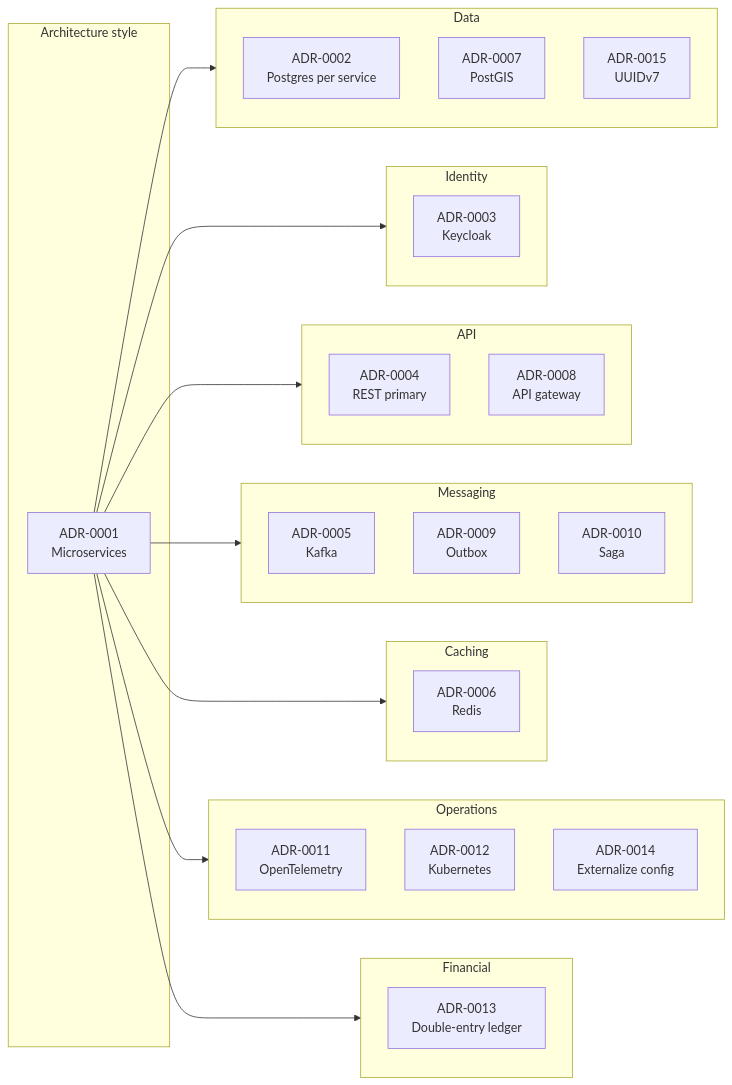
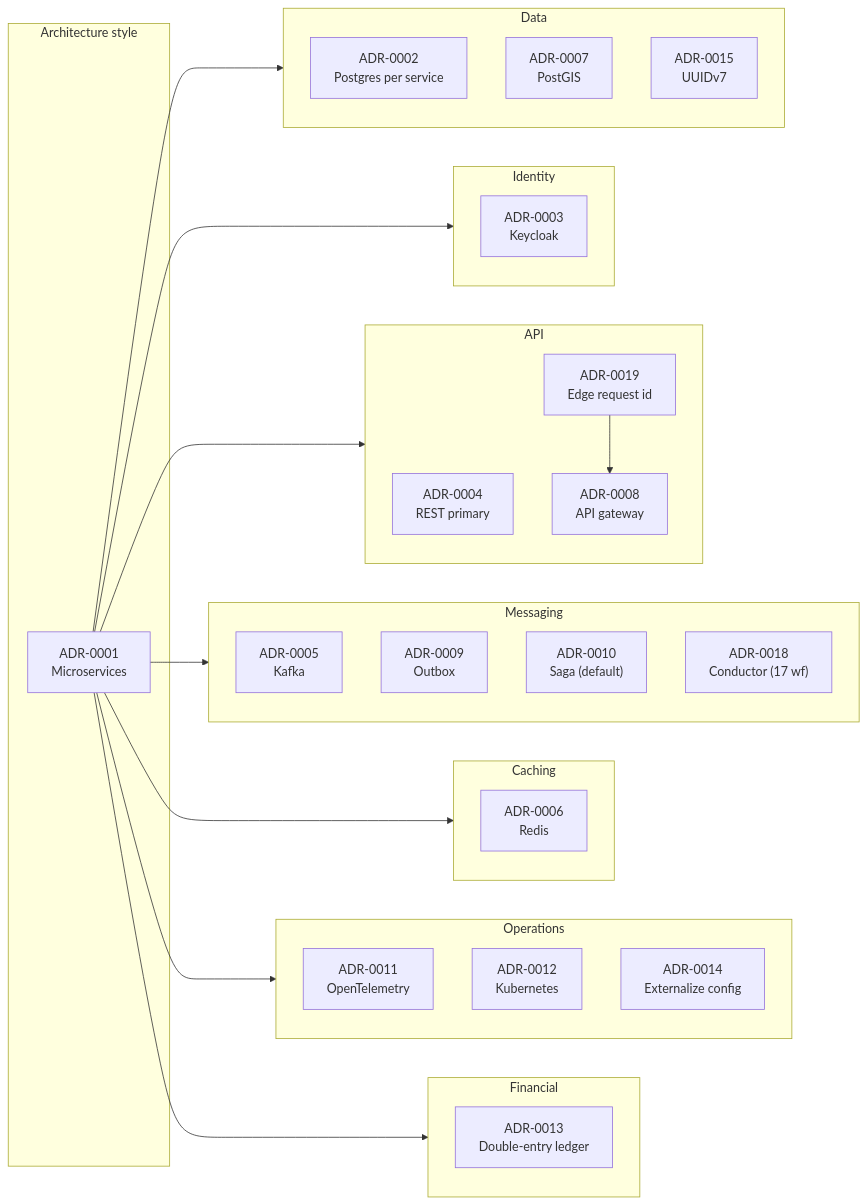
One commit to mohamedhabibwork/trips-enjoy-docs changed the diagram in docs/architecture/ADR_INDEX.md. Above: the diagram before and after it, drawn with Mermaid. The commit also changed other lines of this file and 245 other files, not shown here.

````diff
--- a/docs/architecture/ADR_INDEX.md
+++ b/docs/architecture/ADR_INDEX.md
@@ -28,35 +30,38 @@
 ```mermaid
 flowchart LR
   subgraph A["Architecture style"]
     a1["ADR-0001<br/>Microservices"]
   end
   subgraph D["Data"]
     a2["ADR-0002<br/>Postgres per service"]
     a7["ADR-0007<br/>PostGIS"]
     a15["ADR-0015<br/>UUIDv7"]
   end
   subgraph Id["Identity"]
     a3["ADR-0003<br/>Keycloak"]
   end
   subgraph API["API"]
     a4["ADR-0004<br/>REST primary"]
     a8["ADR-0008<br/>API gateway"]
+    a19["ADR-0019<br/>Edge request id"]
   end
   subgraph Msg["Messaging"]
     a5["ADR-0005<br/>Kafka"]
     a9["ADR-0009<br/>Outbox"]
-    a10["ADR-0010<br/>Saga"]
+    a10["ADR-0010<br/>Saga (default)"]
+    a18["ADR-0018<br/>Conductor (17 wf)"]
   end
   subgraph Cache["Caching"]
     a6["ADR-0006<br/>Redis"]
   end
   subgraph Ops["Operations"]
     a11["ADR-0011<br/>OpenTelemetry"]
     a12["ADR-0012<br/>Kubernetes"]
     a14["ADR-0014<br/>Externalize config"]
   end
   subgraph Fin["Financial"]
     a13["ADR-0013<br/>Double-entry ledger"]
   end
   a1 --> D & Id & API & Msg & Cache & Ops & Fin
+  a19 --> a8
 ```
````
